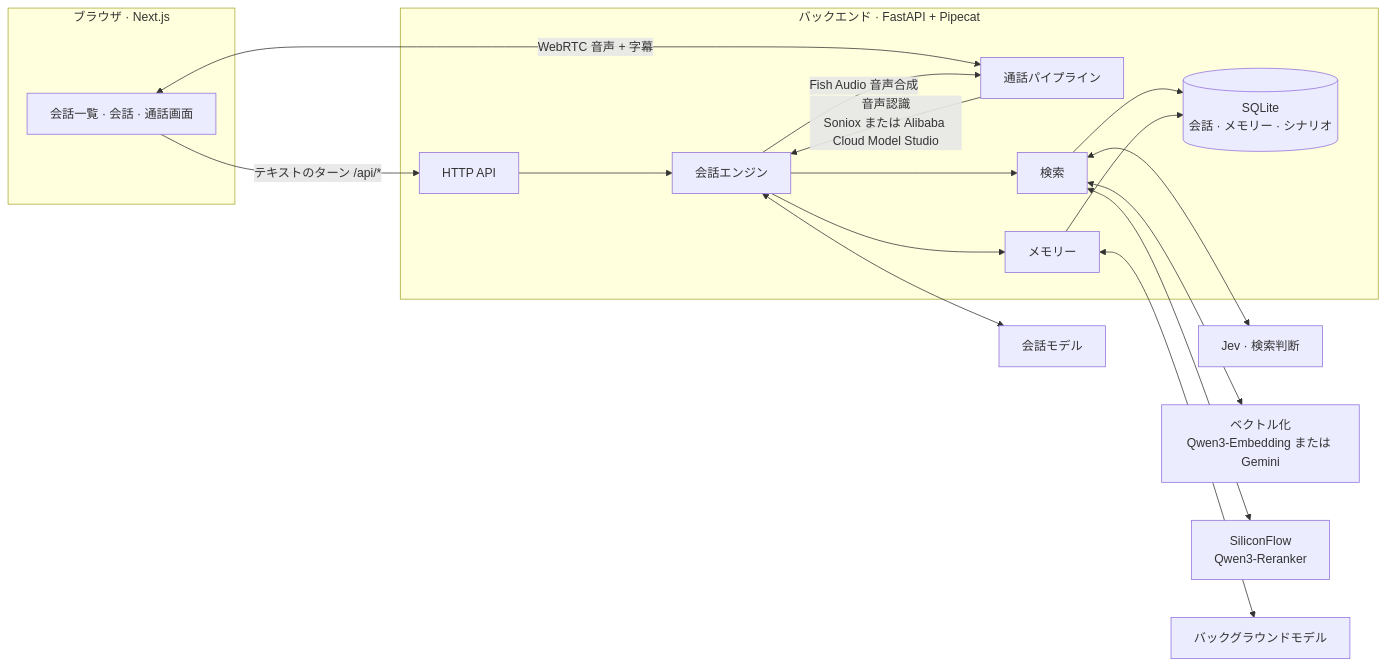
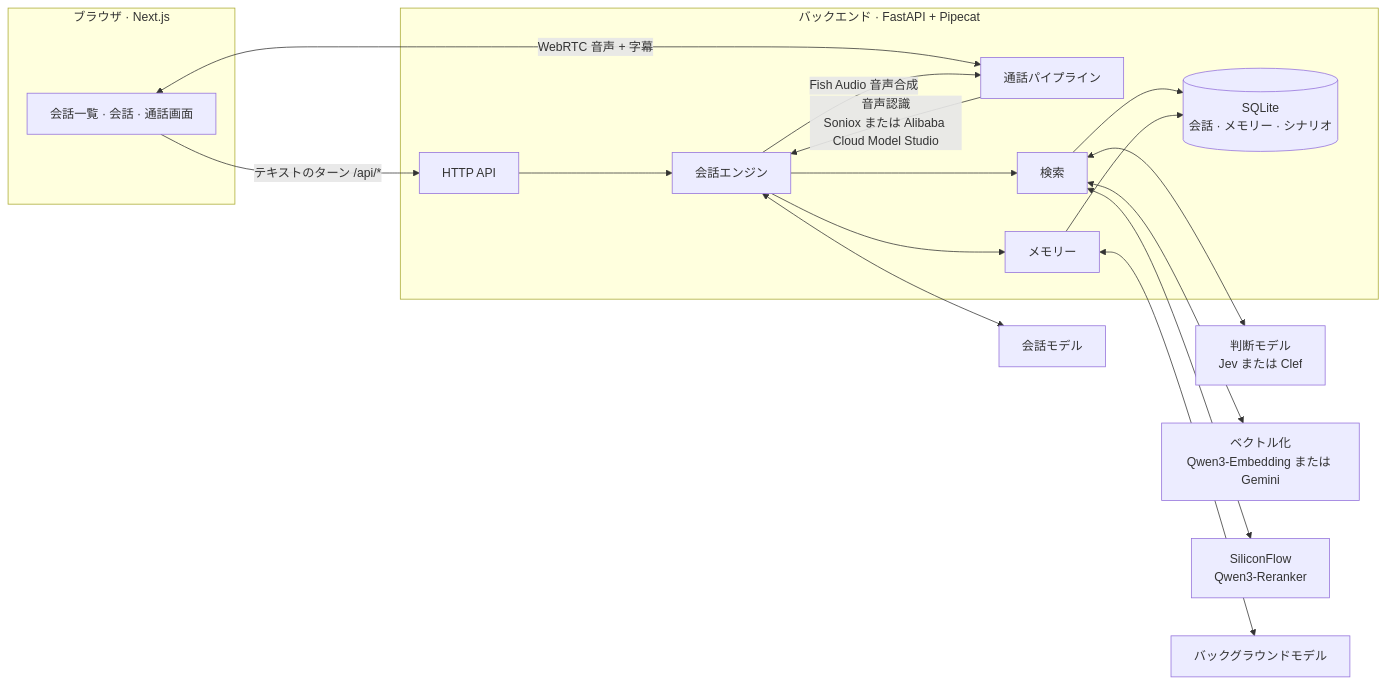
The first of 2 diagrams in README.ja.md (3aKHP/idolum), drawn with Mermaid before and after one commit. The commit also changed other lines of this file and 6 other files, not shown here.

````diff
--- a/README.ja.md
+++ b/README.ja.md
@@ -80,30 +80,30 @@
 ```mermaid
 flowchart LR
     subgraph Browser["ブラウザ · Next.js"]
         UI["会話一覧 · 会話 · 通話画面"]
     end
 
     subgraph Backend["バックエンド · FastAPI + Pipecat"]
         API["HTTP API"]
         Call["通話パイプライン"]
         Engine["会話エンジン"]
         Retrieval["検索"]
         Memory["メモリー"]
         DB[("SQLite<br/>会話 · メモリー · シナリオ")]
     end
 
     UI -- "テキストのターン /api/*" --> API
     UI <-- "WebRTC 音声 + 字幕" --> Call
     API --> Engine
     Call -- "音声認識<br/>Soniox または Alibaba Cloud Model Studio" --> Engine
     Engine -- "Fish Audio 音声合成" --> Call
     Engine --> Retrieval
     Engine --> Memory
     Retrieval --> DB
     Memory --> DB
     Engine <--> ChatLLM["会話モデル"]
-    Retrieval <--> Jev["Jev · 検索判断"]
+    Retrieval <--> Jev["判断モデル<br/>Jev または Clef"]
     Retrieval <--> Emb["ベクトル化<br/>Qwen3-Embedding または Gemini"]
     Retrieval <--> SF["SiliconFlow<br/>Qwen3-Reranker"]
     Memory <--> BgLLM["バックグラウンドモデル"]
 ```
````
